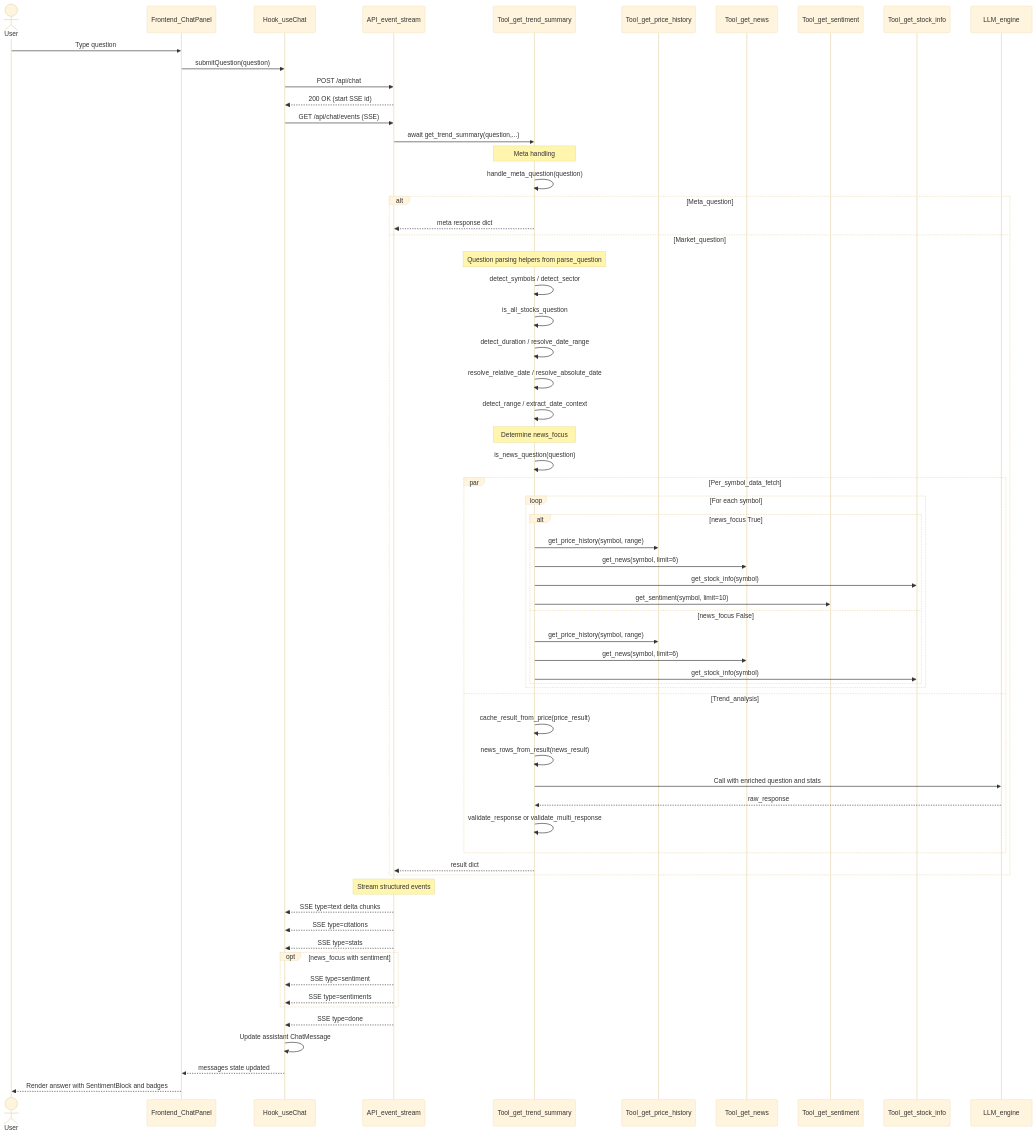
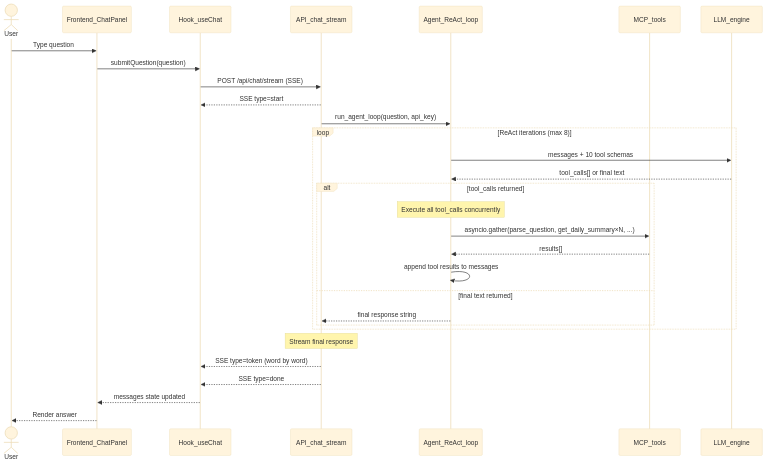
Before and after one commit to danielanojan/investorai-mcp: the diagram in README.md, drawn with Mermaid (base theme). The commit also changed other lines of this file, not shown here.

Commit message:
docs: update README to reflect agentic loop, correct BYOK description, fix SSE events

````diff
--- a/README.md
+++ b/README.md
@@ -204,74 +204,38 @@
 ```mermaid
 sequenceDiagram
     actor User
     participant Frontend as Frontend_ChatPanel
     participant Hook as Hook_useChat
-    participant API as API_event_stream
-    participant Tool as Tool_get_trend_summary
-    participant Price as Tool_get_price_history
-    participant News as Tool_get_news
-    participant Sent as Tool_get_sentiment
-    participant Info as Tool_get_stock_info
+    participant API as API_chat_stream
+    participant Agent as Agent_ReAct_loop
+    participant Tools as MCP_tools
     participant LLM as LLM_engine
 
     User->>Frontend: Type question
     Frontend->>Hook: submitQuestion(question)
-    Hook->>API: POST /api/chat
-    API-->>Hook: 200 OK (start SSE id)
-    Hook->>API: GET /api/chat/events (SSE)
+    Hook->>API: POST /api/chat/stream (SSE)
+    API-->>Hook: SSE type=start
 
-    API->>Tool: await get_trend_summary(question,...)
+    API->>Agent: run_agent_loop(question, api_key)
 
-    Note over Tool: Meta handling
-    Tool->>Tool: handle_meta_question(question)
-    alt Meta_question
-        Tool-->>API: meta response dict
-    else Market_question
-        Note over Tool: Question parsing helpers from parse_question
-        Tool->>Tool: detect_symbols / detect_sector
-        Tool->>Tool: is_all_stocks_question
-        Tool->>Tool: detect_duration / resolve_date_range
-        Tool->>Tool: resolve_relative_date / resolve_absolute_date
-        Tool->>Tool: detect_range / extract_date_context
+    loop ReAct iterations (max 8)
+        Agent->>LLM: messages + 10 tool schemas
+        LLM-->>Agent: tool_calls[] or final text
 
-        Note over Tool: Determine news_focus
-        Tool->>Tool: is_news_question(question)
-
-        par Per_symbol_data_fetch
-            loop For each symbol
-                alt news_focus True
-                    Tool->>Price: get_price_history(symbol, range)
-                    Tool->>News: get_news(symbol, limit=6)
-                    Tool->>Info: get_stock_info(symbol)
-                    Tool->>Sent: get_sentiment(symbol, limit=10)
-                else news_focus False
-                    Tool->>Price: get_price_history(symbol, range)
-                    Tool->>News: get_news(symbol, limit=6)
-                    Tool->>Info: get_stock_info(symbol)
-                end
-            end
-        and Trend_analysis
-            Tool->>Tool: cache_result_from_price(price_result)
-            Tool->>Tool: news_rows_from_result(news_result)
-            Tool->>LLM: Call with enriched question and stats
-            LLM-->>Tool: raw_response
-            Tool->>Tool: validate_response or validate_multi_response
+        alt tool_calls returned
+            Note over Agent: Execute all tool_calls concurrently
+            Agent->>Tools: asyncio.gather(parse_question, get_daily_summary×N, ...)
+            Tools-->>Agent: results[]
+            Agent->>Agent: append tool results to messages
+        else final text returned
+            Agent-->>API: final response string
         end
-
-        Tool-->>API: result dict
     end
 
-    Note over API: Stream structured events
-    API-->>Hook: SSE type=text delta chunks
-    API-->>Hook: SSE type=citations
-    API-->>Hook: SSE type=stats
-    opt news_focus with sentiment
-        API-->>Hook: SSE type=sentiment
-        API-->>Hook: SSE type=sentiments
-    end
+    Note over API: Stream final response
+    API-->>Hook: SSE type=token (word by word)
     API-->>Hook: SSE type=done
 
-    Hook->>Hook: Update assistant ChatMessage
     Hook-->>Frontend: messages state updated
-    Frontend-->>User: Render answer with SentimentBlock and badges
+    Frontend-->>User: Render answer
 ```
````
